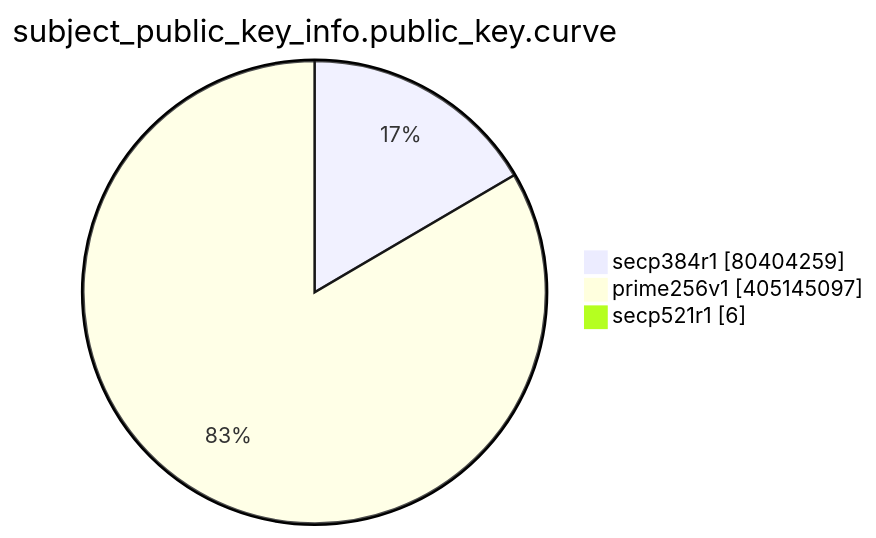
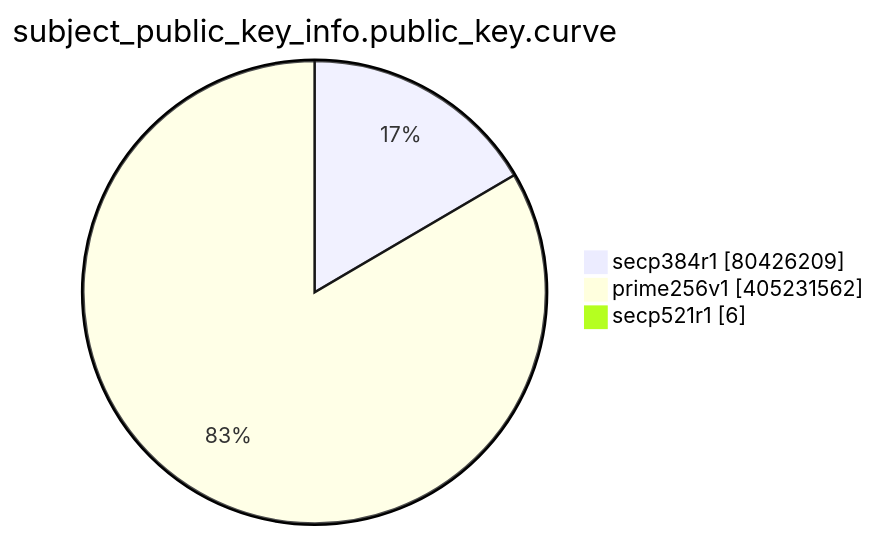
One commit to christiankrug/ctmonitor_visualization changed the eighth of 15 diagrams in TOTAL/README.md. Above: the diagram before and after it, drawn with Mermaid. The commit also changed other lines of this file, not shown here.

````diff
--- a/TOTAL/README.md
+++ b/TOTAL/README.md
@@ -3095,7 +3095,7 @@
 ```mermaid
 pie showData
 title subject_public_key_info.public_key.curve
-"secp384r1" :80404259
-"prime256v1" :405145097
+"secp384r1" :80426209
+"prime256v1" :405231562
 "secp521r1" :6
 ```
````
